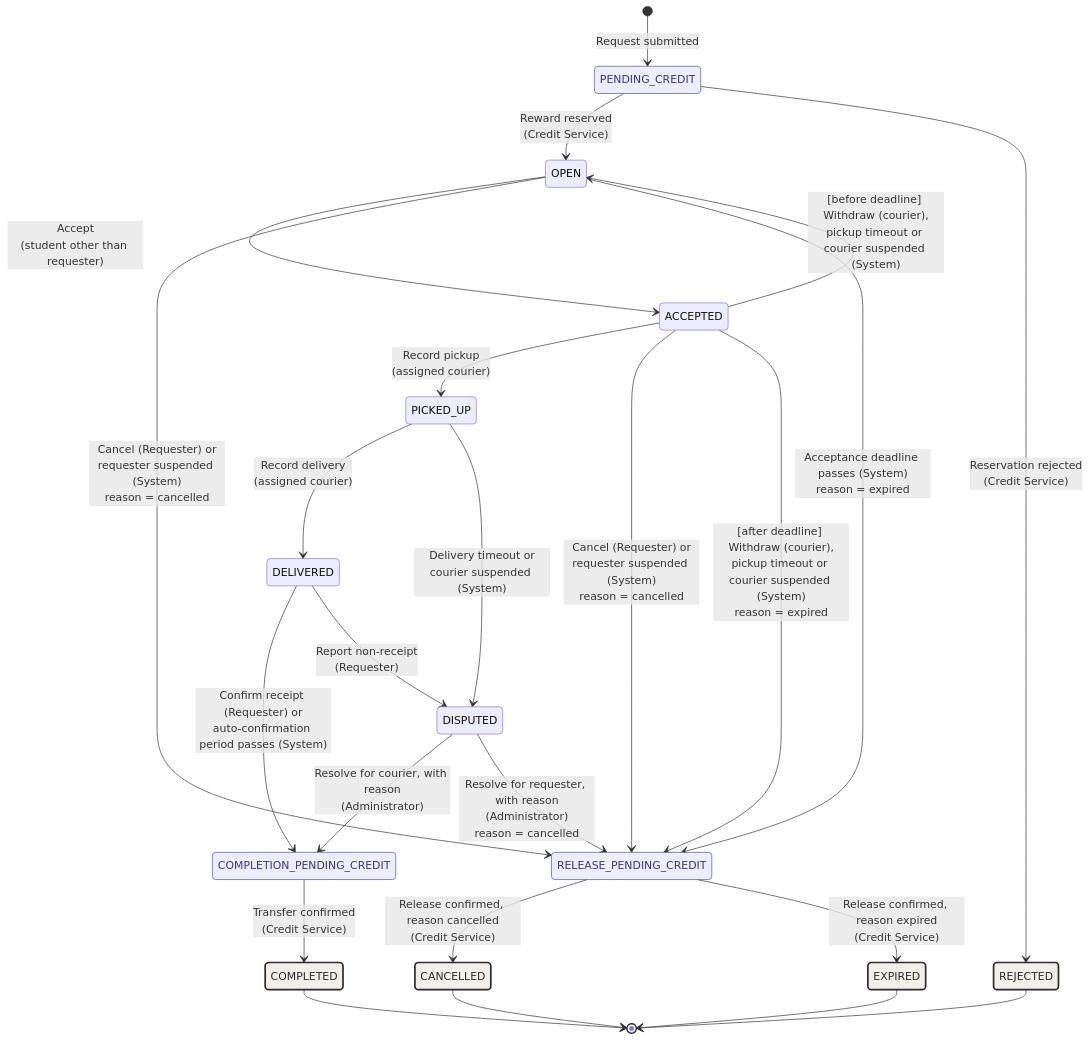
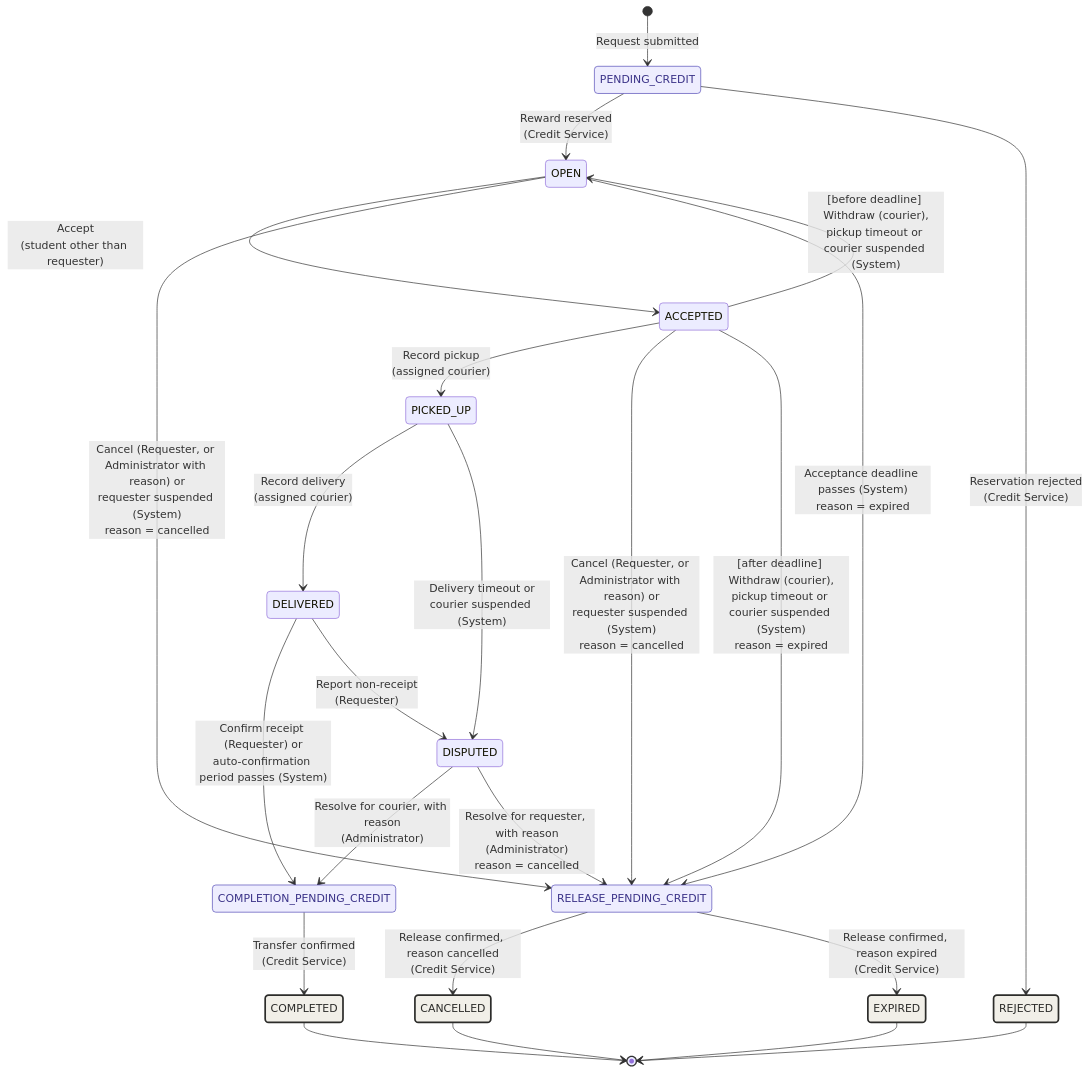
Before and after one commit to AY2627S1-CS3219-P30/foc-app: the diagram in order-service/README.md, drawn with Mermaid. The commit also changed other lines of this file and 15 other files, not shown here.

````diff
--- a/order-service/README.md
+++ b/order-service/README.md
@@ -45,42 +45,42 @@
 ```mermaid
 stateDiagram-v2
   direction TB
 
   classDef credit fill:#EEEDFE,stroke:#534AB7,color:#3C3489
   classDef final fill:#F1EFE8,stroke:#2C2C2A,stroke-width:2.5px,color:#2C2C2A
 
   [*] --> PENDING_CREDIT : Request submitted
 
   PENDING_CREDIT --> OPEN : Reward reserved<br/>(Credit Service)
   PENDING_CREDIT --> REJECTED : Reservation rejected<br/>(Credit Service)
 
   OPEN --> ACCEPTED : Accept<br/>(student other than requester)
-  OPEN --> RELEASE_PENDING_CREDIT : Cancel (Requester) or<br/>requester suspended (System)<br/>reason = cancelled
+  OPEN --> RELEASE_PENDING_CREDIT : Cancel (Requester, or Administrator with reason) or<br/>requester suspended (System)<br/>reason = cancelled
   OPEN --> RELEASE_PENDING_CREDIT : Acceptance deadline passes (System)<br/>reason = expired
 
   ACCEPTED --> PICKED_UP : Record pickup<br/>(assigned courier)
-  ACCEPTED --> RELEASE_PENDING_CREDIT : Cancel (Requester) or<br/>requester suspended (System)<br/>reason = cancelled
+  ACCEPTED --> RELEASE_PENDING_CREDIT : Cancel (Requester, or Administrator with reason) or<br/>requester suspended (System)<br/>reason = cancelled
   ACCEPTED --> OPEN : [before deadline] Withdraw (courier),<br/>pickup timeout or courier suspended (System)
   ACCEPTED --> RELEASE_PENDING_CREDIT : [after deadline] Withdraw (courier),<br/>pickup timeout or courier suspended (System)<br/>reason = expired
 
   PICKED_UP --> DELIVERED : Record delivery<br/>(assigned courier)
   PICKED_UP --> DISPUTED : Delivery timeout or<br/>courier suspended (System)
 
   DELIVERED --> COMPLETION_PENDING_CREDIT : Confirm receipt (Requester) or<br/>auto-confirmation period passes (System)
   DELIVERED --> DISPUTED : Report non-receipt<br/>(Requester)
 
   DISPUTED --> COMPLETION_PENDING_CREDIT : Resolve for courier, with reason<br/>(Administrator)
   DISPUTED --> RELEASE_PENDING_CREDIT : Resolve for requester, with reason<br/>(Administrator)<br/>reason = cancelled
 
   COMPLETION_PENDING_CREDIT --> COMPLETED : Transfer confirmed<br/>(Credit Service)
   RELEASE_PENDING_CREDIT --> CANCELLED : Release confirmed, reason cancelled<br/>(Credit Service)
   RELEASE_PENDING_CREDIT --> EXPIRED : Release confirmed, reason expired<br/>(Credit Service)
 
   REJECTED --> [*]
   COMPLETED --> [*]
   CANCELLED --> [*]
   EXPIRED --> [*]
 
   class PENDING_CREDIT,COMPLETION_PENDING_CREDIT,RELEASE_PENDING_CREDIT credit
   class REJECTED,COMPLETED,CANCELLED,EXPIRED final
 ```
````
